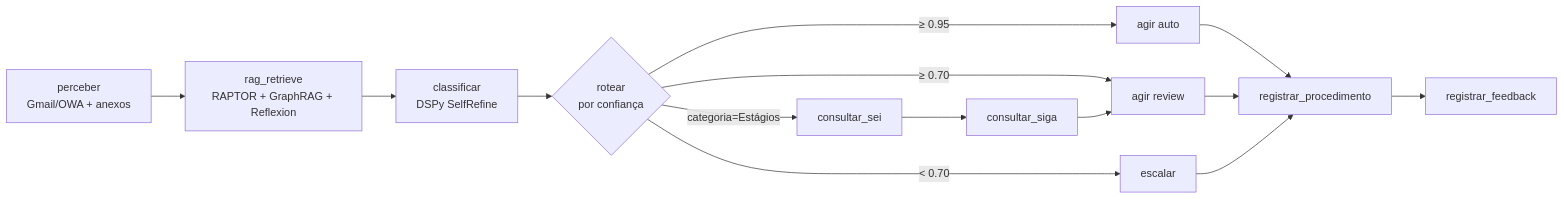
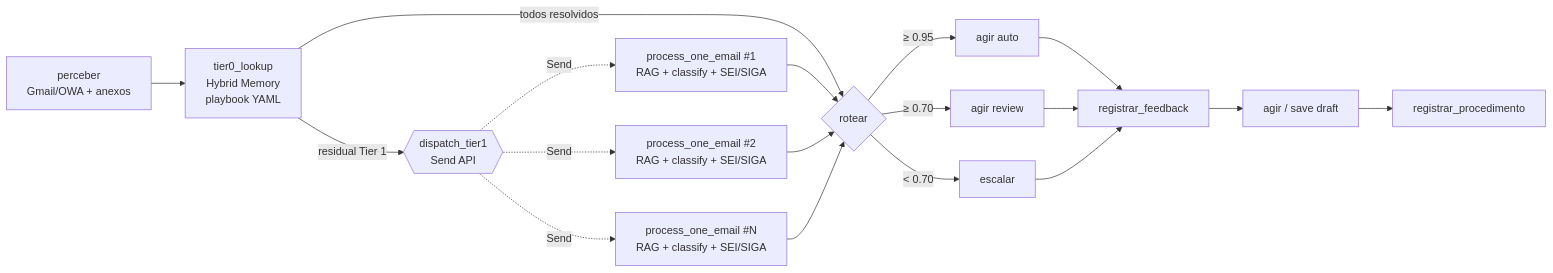
The second of 3 diagrams in ufpr_automation/ARCHITECTURE.md (lucasmsorrentino/automation_nanobot), drawn with Mermaid before and after one commit. The commit also changed other lines of this file and 4 other files, not shown here.

First line of the commit message:
docs(ufpr): Marco III complete — update README, ARCHITECTURE, TASKS, CLAUDE

````diff
--- a/ufpr_automation/ARCHITECTURE.md
+++ b/ufpr_automation/ARCHITECTURE.md
@@ -81,16 +85,20 @@
 ```mermaid
 graph LR
-    PERCEBER[perceber<br/>Gmail/OWA + anexos] --> RAG[rag_retrieve<br/>RAPTOR + GraphRAG + Reflexion]
-    RAG --> CLASSIFY[classificar<br/>DSPy SelfRefine]
-    CLASSIFY --> ROUTE{rotear<br/>por confiança}
+    PERCEBER[perceber<br/>Gmail/OWA + anexos] --> TIER0[tier0_lookup<br/>Hybrid Memory<br/>playbook YAML]
+    TIER0 -->|todos resolvidos| ROUTE{rotear}
+    TIER0 -->|residual Tier 1| FANOUT{{dispatch_tier1<br/>Send API}}
+    FANOUT -.->|Send| SUB1[process_one_email #1<br/>RAG + classify + SEI/SIGA]
+    FANOUT -.->|Send| SUB2[process_one_email #2<br/>RAG + classify + SEI/SIGA]
+    FANOUT -.->|Send| SUBN[process_one_email #N<br/>RAG + classify + SEI/SIGA]
+    SUB1 --> ROUTE
+    SUB2 --> ROUTE
+    SUBN --> ROUTE
     ROUTE -->|≥ 0.95| AGIR_AUTO[agir auto]
     ROUTE -->|≥ 0.70| AGIR_REVIEW[agir review]
     ROUTE -->|< 0.70| ESCALAR[escalar]
-    ROUTE -->|categoria=Estágios| SEI[consultar_sei]
-    SEI --> SIGA[consultar_siga]
-    SIGA --> AGIR_REVIEW
-    AGIR_AUTO --> REGISTRAR[registrar_procedimento]
-    AGIR_REVIEW --> REGISTRAR
-    ESCALAR --> REGISTRAR
-    REGISTRAR --> FEEDBACK[registrar_feedback]
+    AGIR_AUTO --> FEEDBACK[registrar_feedback]
+    AGIR_REVIEW --> FEEDBACK
+    ESCALAR --> FEEDBACK
+    FEEDBACK --> AGIR[agir / save draft]
+    AGIR --> REGISTRAR[registrar_procedimento]
 ```
````
